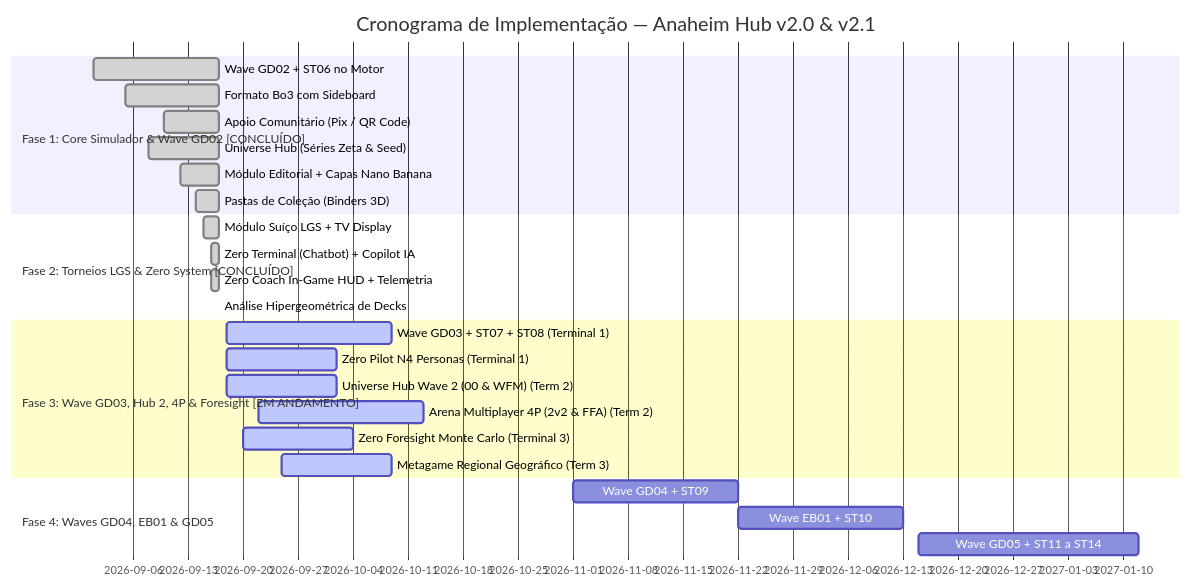
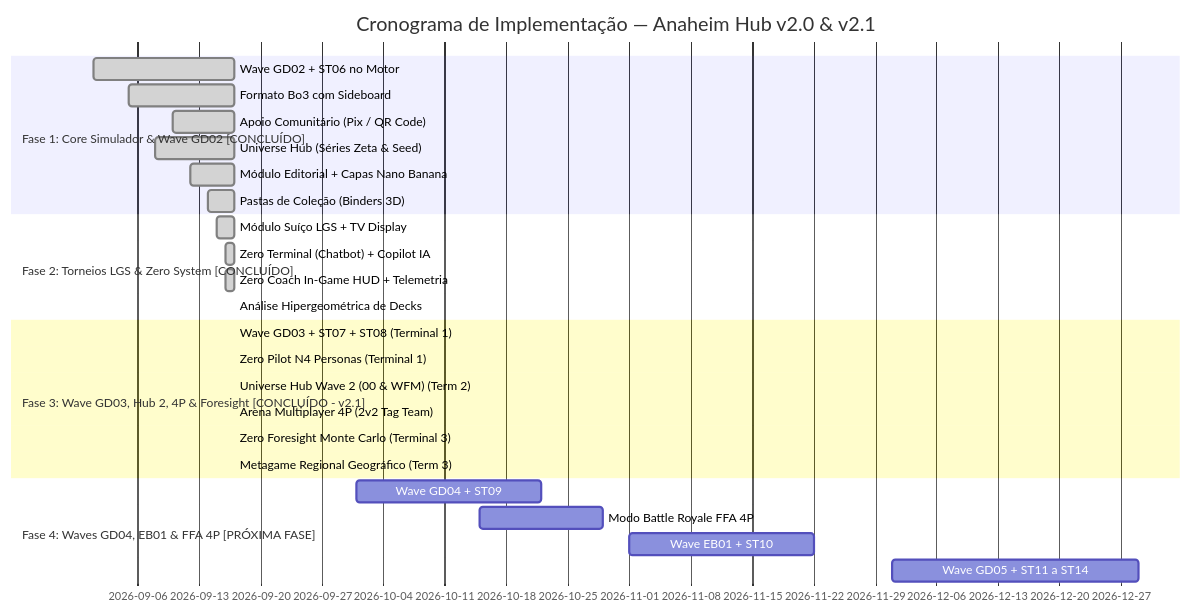
One commit to WillenWorks/portal-gundam-tcg-br changed the diagram in docs/54-plano-mestre-evolucao-sistema-e-zero-system.md. Above: the diagram before and after it, drawn with Mermaid. The commit also changed other lines of this file and 5 other files, not shown here.

````diff
--- a/docs/54-plano-mestre-evolucao-sistema-e-zero-system.md
+++ b/docs/54-plano-mestre-evolucao-sistema-e-zero-system.md
@@ -282,28 +284,29 @@
 ```mermaid
 gantt
     title Cronograma de Implementação — Anaheim Hub v2.0 & v2.1
     dateFormat  YYYY-MM-DD
     section Fase 1: Core Simulador & Wave GD02 [CONCLUÍDO]
     Wave GD02 + ST06 no Motor              :done, 2026-09-01, 2026-09-17
     Formato Bo3 com Sideboard              :done, 2026-09-05, 2026-09-17
     Apoio Comunitário (Pix / QR Code)      :done, 2026-09-10, 2026-09-17
     Universe Hub (Séries Zeta & Seed)      :done, 2026-09-08, 2026-09-17
     Módulo Editorial + Capas Nano Banana   :done, 2026-09-12, 2026-09-17
     Pastas de Coleção (Binders 3D)         :done, 2026-09-14, 2026-09-17
     section Fase 2: Torneios LGS & Zero System [CONCLUÍDO]
     Módulo Suíço LGS + TV Display          :done, 2026-09-15, 2026-09-17
     Zero Terminal (Chatbot) + Copilot IA   :done, 2026-09-16, 2026-09-17
     Zero Coach In-Game HUD + Telemetria    :done, 2026-09-16, 2026-09-17
     Análise Hipergeométrica de Decks        :done, 2026-09-17, 2026-09-17
-    section Fase 3: Wave GD03, Hub 2, 4P & Foresight [EM ANDAMENTO]
-    Wave GD03 + ST07 + ST08 (Terminal 1)   :active, 2026-09-18, 21d
-    Zero Pilot N4 Personas (Terminal 1)    :active, 2026-09-18, 14d
-    Universe Hub Wave 2 (00 & WFM) (Term 2):active, 2026-09-18, 14d
-    Arena Multiplayer 4P (2v2 & FFA) (Term 2):active, 2026-09-22, 21d
-    Zero Foresight Monte Carlo (Terminal 3):active, 2026-09-20, 14d
-    Metagame Regional Geográfico (Term 3)  :active, 2026-09-25, 14d
-    section Fase 4: Waves GD04, EB01 & GD05
-    Wave GD04 + ST09                       :2026-11-01, 21d
-    Wave EB01 + ST10                       :2026-11-22, 21d
-    Wave GD05 + ST11 a ST14                :2026-12-15, 28d
+    section Fase 3: Wave GD03, Hub 2, 4P & Foresight [CONCLUÍDO - v2.1]
+    Wave GD03 + ST07 + ST08 (Terminal 1)   :done, 2026-09-17, 2026-09-17
+    Zero Pilot N4 Personas (Terminal 1)    :done, 2026-09-17, 2026-09-17
+    Universe Hub Wave 2 (00 & WFM) (Term 2):done, 2026-09-17, 2026-09-17
+    Arena Multiplayer 4P (2v2 Tag Team)    :done, 2026-09-17, 2026-09-17
+    Zero Foresight Monte Carlo (Terminal 3):done, 2026-09-17, 2026-09-17
+    Metagame Regional Geográfico (Term 3)  :done, 2026-09-17, 2026-09-17
+    section Fase 4: Waves GD04, EB01 & FFA 4P [PRÓXIMA FASE]
+    Wave GD04 + ST09                       :2026-10-01, 21d
+    Modo Battle Royale FFA 4P              :2026-10-15, 14d
+    Wave EB01 + ST10                       :2026-11-01, 21d
+    Wave GD05 + ST11 a ST14                :2026-12-01, 28d
 ```
````
